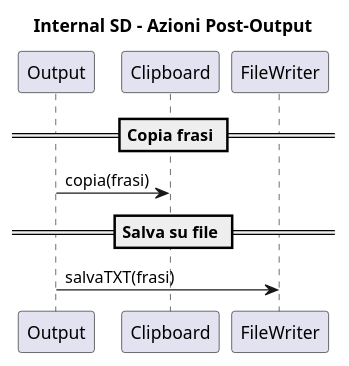
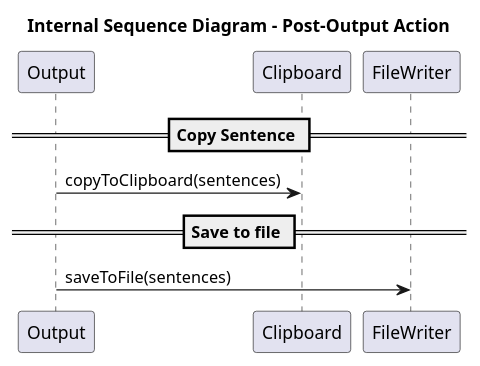
Before and after one commit to TognonGiac/nonsensegenerator: the fifth of 5 diagrams in docs/resources/Sequence_Diagrams.md, drawn with PlantUML. The commit also changed other lines of this file, not shown here.

````diff
--- a/docs/resources/Sequence_Diagrams.md
+++ b/docs/resources/Sequence_Diagrams.md
@@ -114,15 +114,15 @@
 ```plantuml
 @startuml
-title Internal SD – Azioni Post-Output
+title Internal Sequence Diagram – Post-Output Action
 
 participant Output
 participant Clipboard
 participant FileWriter
 
-== Copia frasi ==
-Output -> Clipboard : copia(frasi)
+== Copy Sentence ==
+Output -> Clipboard : copyToClipboard(sentences)
 
-== Salva su file ==
-Output -> FileWriter : salvaTXT(frasi)
+== Save to file ==
+Output -> FileWriter : saveToFile(sentences)
 @enduml
 ```
````
